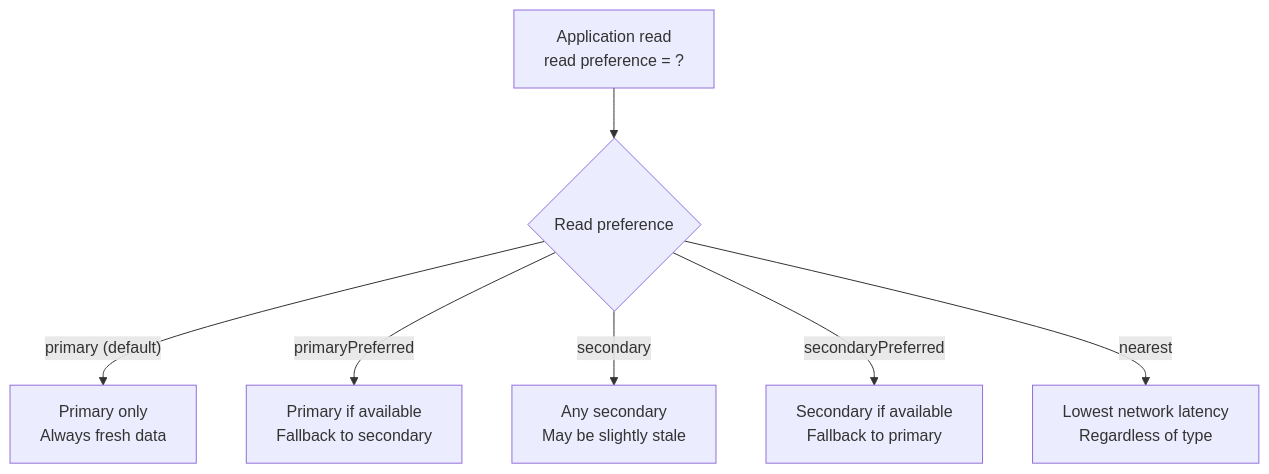
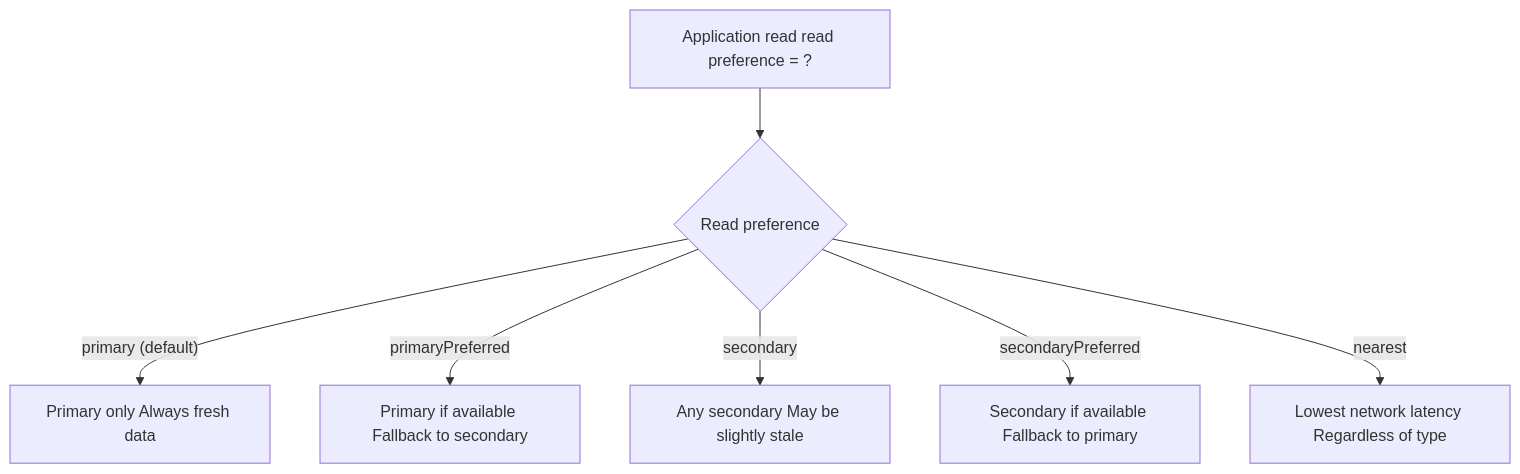
The fourth of 5 diagrams in materials/nosql/04-mongodb-replication/01-replica-set-architecture.md (afekash/project_shopflow-afek), drawn with Mermaid before and after one commit. The commit also changed other lines of this file and 5 other files, not shown here.

````diff
--- a/materials/nosql/04-mongodb-replication/01-replica-set-architecture.md
+++ b/materials/nosql/04-mongodb-replication/01-replica-set-architecture.md
@@ -155,9 +166,9 @@
 ```mermaid
 graph TD
-    App["Application read\nread preference = ?"] --> RP{Read preference}
-    RP -->|"primary (default)"| Primary["Primary only\nAlways fresh data"]
-    RP -->|"primaryPreferred"| PrefPrimary["Primary if available\nFallback to secondary"]
-    RP -->|"secondary"| Secondary["Any secondary\nMay be slightly stale"]
-    RP -->|"secondaryPreferred"| PrefSecondary["Secondary if available\nFallback to primary"]
-    RP -->|"nearest"| Nearest["Lowest network latency\nRegardless of type"]
+    App["Application read read preference = ?"] --> RP{Read preference}
+    RP -->|"primary (default)"| Primary["Primary only Always fresh data"]
+    RP -->|"primaryPreferred"| PrefPrimary["Primary if available Fallback to secondary"]
+    RP -->|"secondary"| Secondary["Any secondary May be slightly stale"]
+    RP -->|"secondaryPreferred"| PrefSecondary["Secondary if available Fallback to primary"]
+    RP -->|"nearest"| Nearest["Lowest network latency Regardless of type"]
 ```
````
